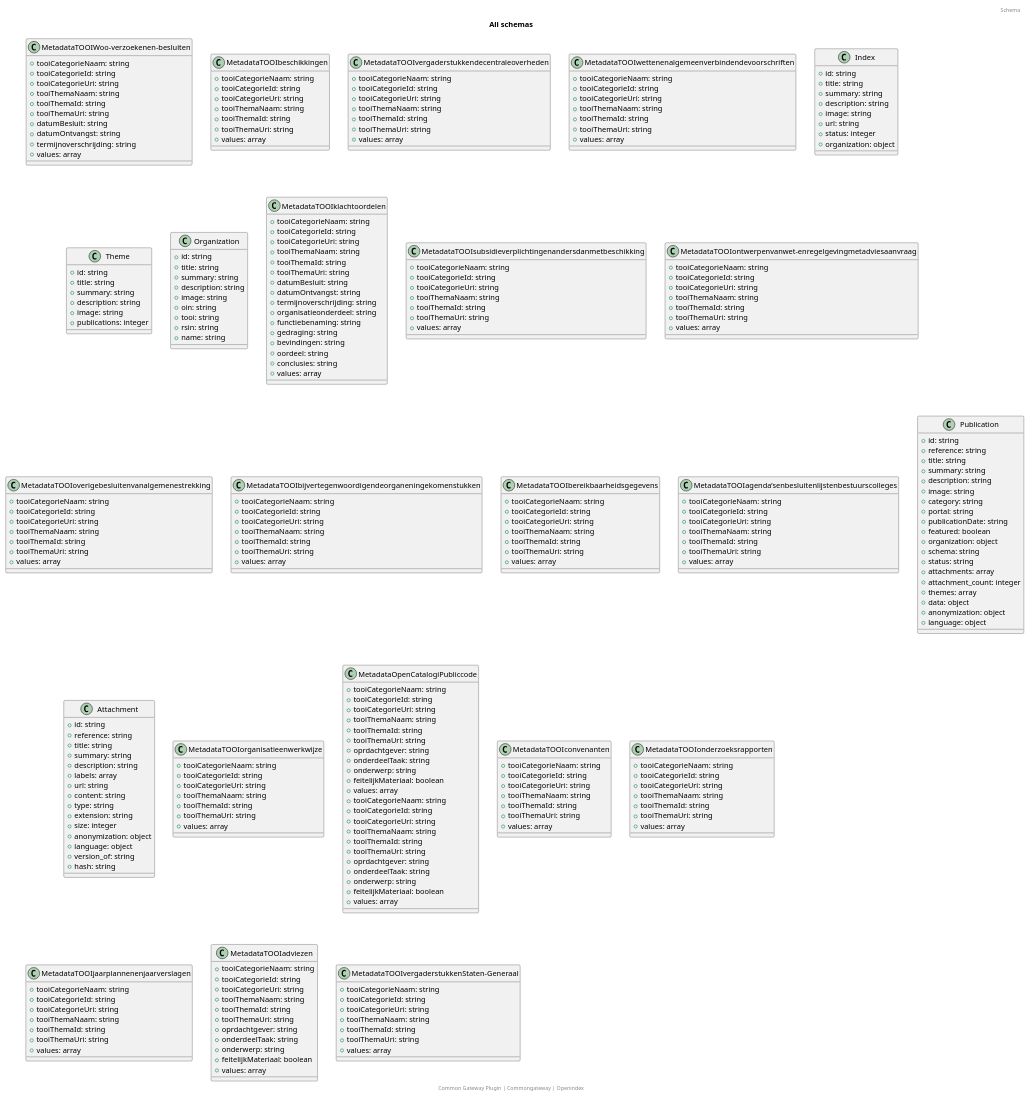
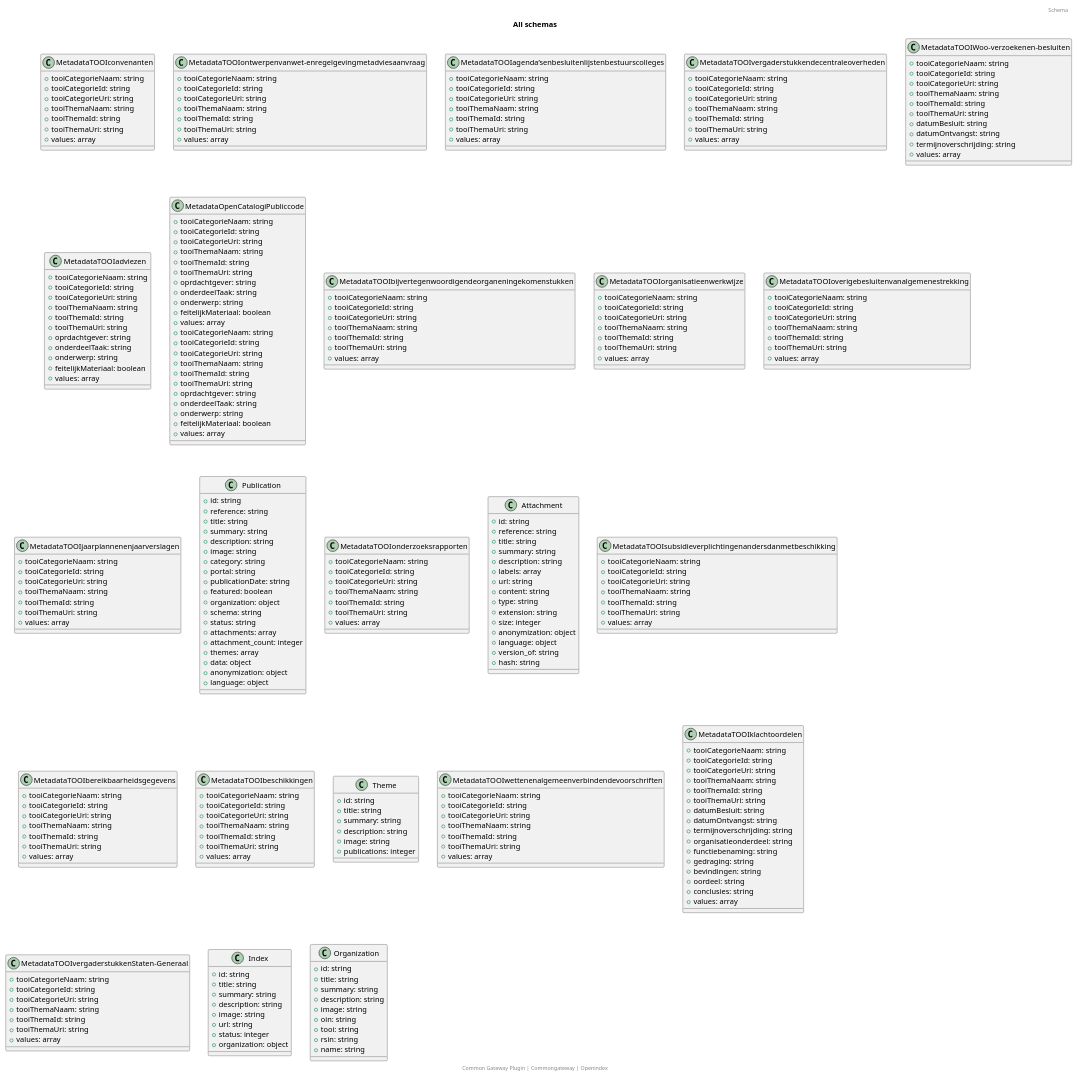
The diagram in docs/schema/all_schema_classes.puml (CommonGateway/OpenIndex), drawn with PlantUML before and after one commit. The commit also changed other lines of this file and 2 other files, not shown here.

```diff
--- a/docs/schema/all_schema_classes.puml
+++ b/docs/schema/all_schema_classes.puml
@@ -2,19 +2,25 @@
 title: All schemas
 footer: Common Gateway Plugin | Commongateway | Openindex 
 header: Schema
-class MetadataTOOIWoo-verzoekenen-besluiten {
+class MetadataTOOIconvenanten {
   + tooiCategorieNaam: string
   + tooiCategorieId: string
   + tooiCategorieUri: string
   + tooiThemaNaam: string
   + tooiThemaId: string
   + tooiThemaUri: string
-  + datumBesluit: string
-  + datumOntvangst: string
-  + termijnoverschrijding: string
   + values: array
 }
-class MetadataTOOIbeschikkingen {
+class MetadataTOOIontwerpenvanwet-enregelgevingmetadviesaanvraag {
+  + tooiCategorieNaam: string
+  + tooiCategorieId: string
+  + tooiCategorieUri: string
+  + tooiThemaNaam: string
+  + tooiThemaId: string
+  + tooiThemaUri: string
+  + values: array
+}
+class MetadataTOOIagenda’senbesluitenlijstenbestuurscolleges {
   + tooiCategorieNaam: string
   + tooiCategorieId: string
   + tooiCategorieUri: string
@@ -32,45 +38,7 @@
   + tooiThemaUri: string
   + values: array
 }
-class MetadataTOOIwettenenalgemeenverbindendevoorschriften {
-  + tooiCategorieNaam: string
-  + tooiCategorieId: string
-  + tooiCategorieUri: string
-  + tooiThemaNaam: string
-  + tooiThemaId: string
-  + tooiThemaUri: string
-  + values: array
-}
-class Index {
-  + id: string
-  + title: string
-  + summary: string
-  + description: string
-  + image: string
-  + url: string
-  + status: integer
-  + organization: object
-}
-class Theme {
-  + id: string
-  + title: string
-  + summary: string
-  + description: string
-  + image: string
-  + publications: integer
-}
-class Organization {
-  + id: string
-  + title: string
-  + summary: string
-  + description: string
-  + image: string
-  + oin: string
-  + tooi: string
-  + rsin: string
-  + name: string
-}
-class MetadataTOOIklachtoordelen {
+class MetadataTOOIWoo-verzoekenen-besluiten {
   + tooiCategorieNaam: string
   + tooiCategorieId: string
   + tooiCategorieUri: string
@@ -80,153 +48,6 @@
   + datumBesluit: string
   + datumOntvangst: string
   + termijnoverschrijding: string
-  + organisatieonderdeel: string
-  + functiebenaming: string
-  + gedraging: string
-  + bevindingen: string
-  + oordeel: string
-  + conclusies: string
-  + values: array
-}
-class MetadataTOOIsubsidieverplichtingenandersdanmetbeschikking {
-  + tooiCategorieNaam: string
-  + tooiCategorieId: string
-  + tooiCategorieUri: string
-  + tooiThemaNaam: string
-  + tooiThemaId: string
-  + tooiThemaUri: string
-  + values: array
-}
-class MetadataTOOIontwerpenvanwet-enregelgevingmetadviesaanvraag {
-  + tooiCategorieNaam: string
-  + tooiCategorieId: string
-  + tooiCategorieUri: string
-  + tooiThemaNaam: string
-  + tooiThemaId: string
-  + tooiThemaUri: string
-  + values: array
-}
-class MetadataTOOIoverigebesluitenvanalgemenestrekking {
-  + tooiCategorieNaam: string
-  + tooiCategorieId: string
-  + tooiCategorieUri: string
-  + tooiThemaNaam: string
-  + tooiThemaId: string
-  + tooiThemaUri: string
-  + values: array
-}
-class MetadataTOOIbijvertegenwoordigendeorganeningekomenstukken {
-  + tooiCategorieNaam: string
-  + tooiCategorieId: string
-  + tooiCategorieUri: string
-  + tooiThemaNaam: string
-  + tooiThemaId: string
-  + tooiThemaUri: string
-  + values: array
-}
-class MetadataTOOIbereikbaarheidsgegevens {
-  + tooiCategorieNaam: string
-  + tooiCategorieId: string
-  + tooiCategorieUri: string
-  + tooiThemaNaam: string
-  + tooiThemaId: string
-  + tooiThemaUri: string
-  + values: array
-}
-class MetadataTOOIagenda’senbesluitenlijstenbestuurscolleges {
-  + tooiCategorieNaam: string
-  + tooiCategorieId: string
-  + tooiCategorieUri: string
-  + tooiThemaNaam: string
-  + tooiThemaId: string
-  + tooiThemaUri: string
-  + values: array
-}
-class Publication {
-  + id: string
-  + reference: string
-  + title: string
-  + summary: string
-  + description: string
-  + image: string
-  + category: string
-  + portal: string
-  + publicationDate: string
-  + featured: boolean
-  + organization: object
-  + schema: string
-  + status: string
-  + attachments: array
-  + attachment_count: integer
-  + themes: array
-  + data: object
-  + anonymization: object
-  + language: object
-}
-class Attachment {
-  + id: string
-  + reference: string
-  + title: string
-  + summary: string
-  + description: string
-  + labels: array
-  + url: string
-  + content: string
-  + type: string
-  + extension: string
-  + size: integer
-  + anonymization: object
-  + language: object
-  + version_of: string
-  + hash: string
-}
-class MetadataTOOIorganisatieenwerkwijze {
-  + tooiCategorieNaam: string
-  + tooiCategorieId: string
-  + tooiCategorieUri: string
-  + tooiThemaNaam: string
-  + tooiThemaId: string
-  + tooiThemaUri: string
-  + values: array
-}
-class MetadataOpenCatalogiPubliccode {
-  + tooiCategorieNaam: string
-  + tooiCategorieId: string
-  + tooiCategorieUri: string
-  + tooiThemaNaam: string
-  + tooiThemaId: string
-  + tooiThemaUri: string
-  + oprdachtgever: string
-  + onderdeelTaak: string
-  + onderwerp: string
-  + feitelijkMateriaal: boolean
-  + values: array
-}
-class MetadataTOOIconvenanten {
-  + tooiCategorieNaam: string
-  + tooiCategorieId: string
-  + tooiCategorieUri: string
-  + tooiThemaNaam: string
-  + tooiThemaId: string
-  + tooiThemaUri: string
-  + values: array
-}
-class MetadataTOOIonderzoeksrapporten {
-  + tooiCategorieNaam: string
-  + tooiCategorieId: string
-  + tooiCategorieUri: string
-  + tooiThemaNaam: string
-  + tooiThemaId: string
-  + tooiThemaUri: string
-  + values: array
-}
-class MetadataTOOIjaarplannenenjaarverslagen {
-  + tooiCategorieNaam: string
-  + tooiCategorieId: string
-  + tooiCategorieUri: string
-  + tooiThemaNaam: string
-  + tooiThemaId: string
-  + tooiThemaUri: string
   + values: array
 }
 class MetadataTOOIadviezen {
@@ -255,6 +76,164 @@
   + feitelijkMateriaal: boolean
   + values: array
 }
+class MetadataTOOIbijvertegenwoordigendeorganeningekomenstukken {
+  + tooiCategorieNaam: string
+  + tooiCategorieId: string
+  + tooiCategorieUri: string
+  + tooiThemaNaam: string
+  + tooiThemaId: string
+  + tooiThemaUri: string
+  + values: array
+}
+class MetadataTOOIorganisatieenwerkwijze {
+  + tooiCategorieNaam: string
+  + tooiCategorieId: string
+  + tooiCategorieUri: string
+  + tooiThemaNaam: string
+  + tooiThemaId: string
+  + tooiThemaUri: string
+  + values: array
+}
+class MetadataTOOIoverigebesluitenvanalgemenestrekking {
+  + tooiCategorieNaam: string
+  + tooiCategorieId: string
+  + tooiCategorieUri: string
+  + tooiThemaNaam: string
+  + tooiThemaId: string
+  + tooiThemaUri: string
+  + values: array
+}
+class MetadataTOOIjaarplannenenjaarverslagen {
+  + tooiCategorieNaam: string
+  + tooiCategorieId: string
+  + tooiCategorieUri: string
+  + tooiThemaNaam: string
+  + tooiThemaId: string
+  + tooiThemaUri: string
+  + values: array
+}
+class MetadataOpenCatalogiPubliccode {
+  + tooiCategorieNaam: string
+  + tooiCategorieId: string
+  + tooiCategorieUri: string
+  + tooiThemaNaam: string
+  + tooiThemaId: string
+  + tooiThemaUri: string
+  + oprdachtgever: string
+  + onderdeelTaak: string
+  + onderwerp: string
+  + feitelijkMateriaal: boolean
+  + values: array
+}
+class Publication {
+  + id: string
+  + reference: string
+  + title: string
+  + summary: string
+  + description: string
+  + image: string
+  + category: string
+  + portal: string
+  + publicationDate: string
+  + featured: boolean
+  + organization: object
+  + schema: string
+  + status: string
+  + attachments: array
+  + attachment_count: integer
+  + themes: array
+  + data: object
+  + anonymization: object
+  + language: object
+}
+class MetadataTOOIonderzoeksrapporten {
+  + tooiCategorieNaam: string
+  + tooiCategorieId: string
+  + tooiCategorieUri: string
+  + tooiThemaNaam: string
+  + tooiThemaId: string
+  + tooiThemaUri: string
+  + values: array
+}
+class Attachment {
+  + id: string
+  + reference: string
+  + title: string
+  + summary: string
+  + description: string
+  + labels: array
+  + url: string
+  + content: string
+  + type: string
+  + extension: string
+  + size: integer
+  + anonymization: object
+  + language: object
+  + version_of: string
+  + hash: string
+}
+class MetadataTOOIsubsidieverplichtingenandersdanmetbeschikking {
+  + tooiCategorieNaam: string
+  + tooiCategorieId: string
+  + tooiCategorieUri: string
+  + tooiThemaNaam: string
+  + tooiThemaId: string
+  + tooiThemaUri: string
+  + values: array
+}
+class MetadataTOOIbereikbaarheidsgegevens {
+  + tooiCategorieNaam: string
+  + tooiCategorieId: string
+  + tooiCategorieUri: string
+  + tooiThemaNaam: string
+  + tooiThemaId: string
+  + tooiThemaUri: string
+  + values: array
+}
+class MetadataTOOIbeschikkingen {
+  + tooiCategorieNaam: string
+  + tooiCategorieId: string
+  + tooiCategorieUri: string
+  + tooiThemaNaam: string
+  + tooiThemaId: string
+  + tooiThemaUri: string
+  + values: array
+}
+class Theme {
+  + id: string
+  + title: string
+  + summary: string
+  + description: string
+  + image: string
+  + publications: integer
+}
+class MetadataTOOIwettenenalgemeenverbindendevoorschriften {
+  + tooiCategorieNaam: string
+  + tooiCategorieId: string
+  + tooiCategorieUri: string
+  + tooiThemaNaam: string
+  + tooiThemaId: string
+  + tooiThemaUri: string
+  + values: array
+}
+class MetadataTOOIklachtoordelen {
+  + tooiCategorieNaam: string
+  + tooiCategorieId: string
+  + tooiCategorieUri: string
+  + tooiThemaNaam: string
+  + tooiThemaId: string
+  + tooiThemaUri: string
+  + datumBesluit: string
+  + datumOntvangst: string
+  + termijnoverschrijding: string
+  + organisatieonderdeel: string
+  + functiebenaming: string
+  + gedraging: string
+  + bevindingen: string
+  + oordeel: string
+  + conclusies: string
+  + values: array
+}
 class MetadataTOOIvergaderstukkenStaten-Generaal {
   + tooiCategorieNaam: string
   + tooiCategorieId: string
@@ -264,4 +243,25 @@
   + tooiThemaUri: string
   + values: array
 }
+class Index {
+  + id: string
+  + title: string
+  + summary: string
+  + description: string
+  + image: string
+  + url: string
+  + status: integer
+  + organization: object
+}
+class Organization {
+  + id: string
+  + title: string
+  + summary: string
+  + description: string
+  + image: string
+  + oin: string
+  + tooi: string
+  + rsin: string
+  + name: string
+}
 @enduml
```
